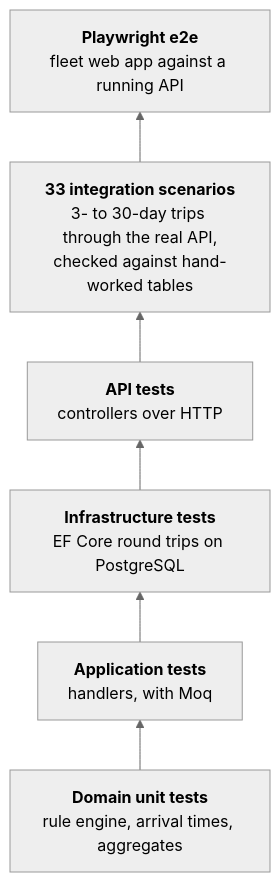
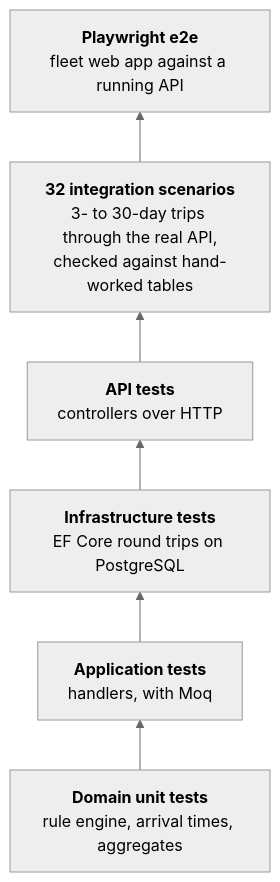
One commit to RTO-The-Coder/freight-marketplace changed the sixth of 6 diagrams in freight-architecture.md. Above: the diagram before and after it, drawn with Mermaid (neutral theme). The commit also changed 8 other files, not shown here.

````diff
--- a/freight-architecture.md
+++ b/freight-architecture.md
@@ -152,10 +152,10 @@
 ```mermaid
 flowchart BT
     U["<b>Domain unit tests</b><br/>rule engine, arrival times, aggregates"]
     A["<b>Application tests</b><br/>handlers, with Moq"]
     I["<b>Infrastructure tests</b><br/>EF Core round trips on PostgreSQL"]
     P["<b>API tests</b><br/>controllers over HTTP"]
-    S["<b>33 integration scenarios</b><br/>3- to 30-day trips through the real API,<br/>checked against hand-worked tables"]
+    S["<b>32 integration scenarios</b><br/>3- to 30-day trips through the real API,<br/>checked against hand-worked tables"]
     E["<b>Playwright e2e</b><br/>fleet web app against a running API"]
     U --> A --> I --> P --> S --> E
 ```
````
